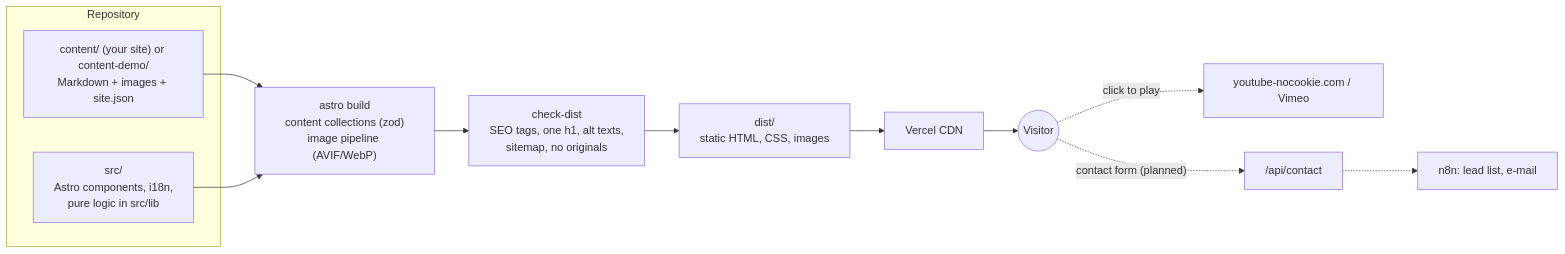
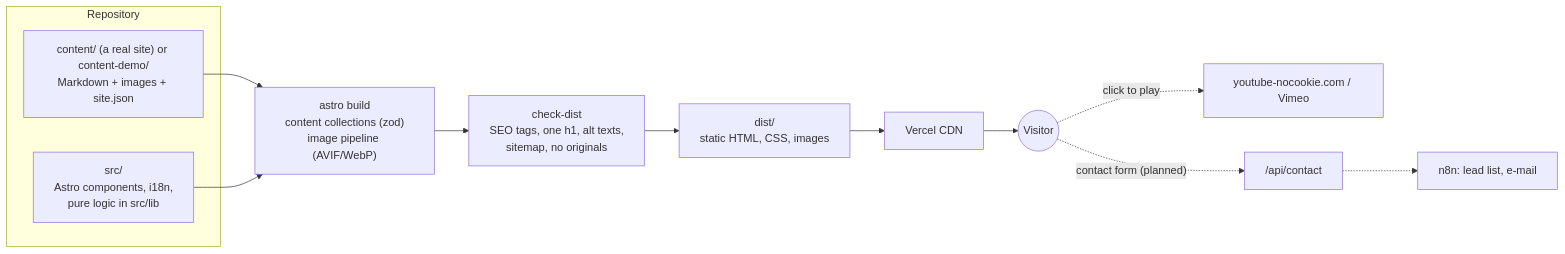
Before and after one commit to morty1338/portfolio-template: the diagram in README.md, drawn with Mermaid. The commit also changed other lines of this file, not shown here.

````diff
--- a/README.md
+++ b/README.md
@@ -30,15 +30,15 @@
 ```mermaid
 flowchart LR
   subgraph repo["Repository"]
-    C["content/ (your site) or content-demo/<br/>Markdown + images + site.json"]
+    C["content/ (a real site) or content-demo/<br/>Markdown + images + site.json"]
     S["src/<br/>Astro components, i18n,<br/>pure logic in src/lib"]
   end
   C --> B["astro build<br/>content collections (zod)<br/>image pipeline (AVIF/WebP)"]
   S --> B
   B --> K["check-dist<br/>SEO tags, one h1, alt texts,<br/>sitemap, no originals"]
   K --> D["dist/<br/>static HTML, CSS, images"]
   D --> V["Vercel CDN"]
   V --> U(("Visitor"))
   U -. "click to play" .-> Y["youtube-nocookie.com / Vimeo"]
   U -. "contact form (planned)" .-> A["/api/contact"] -.-> N["n8n: lead list, e-mail"]
 ```
````
